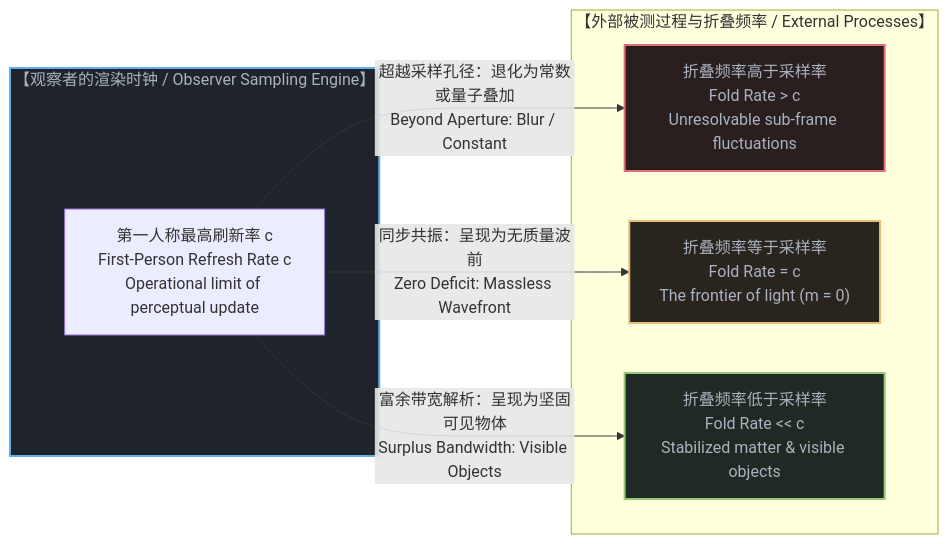
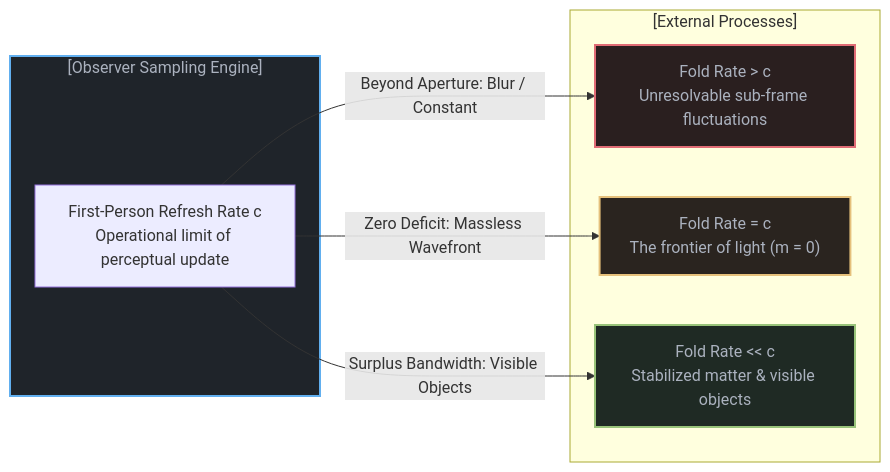
One commit to powerpig99/not-a-toe changed the fourth of 10 diagrams in content/posts/the-velocity-of-visibility.md. Above: the diagram before and after it, drawn with Mermaid. The commit also changed other lines of this file and 7 other files, not shown here.

````diff
--- a/content/posts/the-velocity-of-visibility.md
+++ b/content/posts/the-velocity-of-visibility.md
@@ -63,21 +122,21 @@
 ```mermaid
 graph LR
-    subgraph ObserverFrame["【观察者的渲染时钟 / Observer Sampling Engine】"]
-        SamplingRate["第一人称最高刷新率 c<br>First-Person Refresh Rate c<br>Operational limit of perceptual update"]
+    subgraph ObserverFrame["[Observer Sampling Engine]"]
+        SamplingRate["First-Person Refresh Rate c<br>Operational limit of perceptual update"]
     end
 
-    subgraph ExternalPhenomena["【外部被测过程与折叠频率 / External Processes】"]
-        FasterThanC["折叠频率高于采样率<br>Fold Rate > c<br>Unresolvable sub-frame fluctuations"]
-        EqualC["折叠频率等于采样率<br>Fold Rate = c<br>The frontier of light (m = 0)"]
-        SlowerThanC["折叠频率低于采样率<br>Fold Rate << c<br>Stabilized matter & visible objects"]
+    subgraph ExternalPhenomena["[External Processes]"]
+        FasterThanC["Fold Rate > c<br>Unresolvable sub-frame fluctuations"]
+        EqualC["Fold Rate = c<br>The frontier of light (m = 0)"]
+        SlowerThanC["Fold Rate << c<br>Stabilized matter & visible objects"]
     end
 
-    SamplingRate -->|"超越采样孔径：退化为常数或量子叠加<br>Beyond Aperture: Blur / Constant"| FasterThanC
-    SamplingRate -->|"同步共振：呈现为无质量波前<br>Zero Deficit: Massless Wavefront"| EqualC
-    SamplingRate -->|"富余带宽解析：呈现为坚固可见物体<br>Surplus Bandwidth: Visible Objects"| SlowerThanC
+    SamplingRate -->|"Beyond Aperture: Blur / Constant"| FasterThanC
+    SamplingRate -->|"Zero Deficit: Massless Wavefront"| EqualC
+    SamplingRate -->|"Surplus Bandwidth: Visible Objects"| SlowerThanC
 
     style ObserverFrame fill:#1f242a,stroke:#61afef,stroke-width:2px,color:#abb2bf
     style SlowerThanC fill:#1f2a24,stroke:#98c379,stroke-width:2px,color:#abb2bf
     style FasterThanC fill:#2a1f1f,stroke:#e06c75,stroke-width:2px,color:#abb2bf
     style EqualC fill:#2a241f,stroke:#e5c07b,stroke-width:2px,color:#abb2bf
 ```
````
